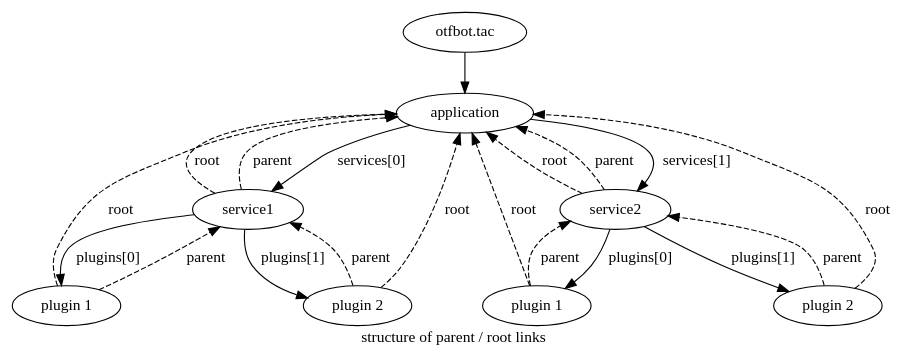
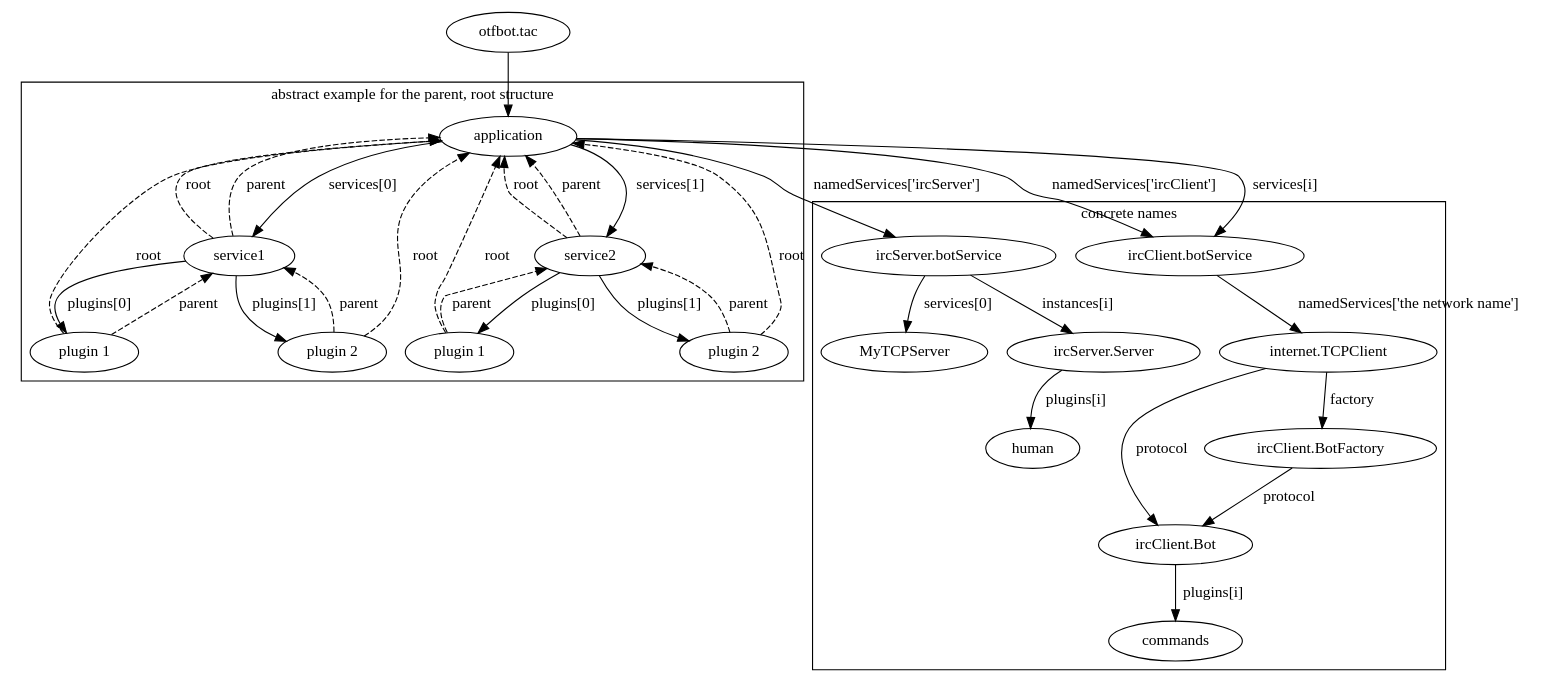
Before and after one commit to otfbot/otfbot: the diagram in doc/references.dot, drawn with Graphviz.

```diff
--- a/doc/references.dot
+++ b/doc/references.dot
@@ -1,26 +1,53 @@
 digraph references {
-    label="structure of parent / root links"
     "otfbot.tac" -> application
-    application -> service1 [label="services[0]"]
-    application -> service2 [label="services[1]"]
-    service1 -> application [label="root",style="dashed"]
-    service1 -> application [label="parent",style="dashed"]
-    service2 -> application [label="root",style="dashed"]
-    service2 -> application [label="parent",style="dashed"]
-    plugins1_1[label="plugin 1"]
-    plugins1_2[label="plugin 2"]
-    plugins2_1[label="plugin 1"]
-    plugins2_2[label="plugin 2"]
-    service1 -> plugins1_1 [label="plugins[0]"]
-    service1 -> plugins1_2 [label="plugins[1]"]
-    service2 -> plugins2_1 [label="plugins[0]"]
-    service2 -> plugins2_2 [label="plugins[1]"]
-    plugins1_1 -> service1 [label="parent",style="dashed"]
-    plugins1_1 -> application [label="root",style="dashed"]
-    plugins1_2 -> service1 [label="parent",style="dashed"]
-    plugins1_2 -> application [label="root",style="dashed"]
-    plugins2_1 -> service2 [label="parent",style="dashed"]
-    plugins2_1 -> application [label="root",style="dashed"]
-    plugins2_2 -> service2 [label="parent",style="dashed"]
-    plugins2_2 -> application [label="root",style="dashed"]
+    application
+    //abstract
+    subgraph cluster_abstract_example{
+        label="abstract example for the parent, root structure"
+        application -> service1 [label="services[0]"]
+        application -> service2 [label="services[1]"]
+        service1 -> application [label="root",style="dashed"]
+        service1 -> application [label="parent",style="dashed"]
+        service2 -> application [label="root",style="dashed"]
+        service2 -> application [label="parent",style="dashed"]
+        plugins1_1[label="plugin 1"]
+        plugins1_2[label="plugin 2"]
+        plugins2_1[label="plugin 1"]
+        plugins2_2[label="plugin 2"]
+        service1 -> plugins1_1 [label="plugins[0]"]
+        service1 -> plugins1_2 [label="plugins[1]"]
+        service2 -> plugins2_1 [label="plugins[0]"]
+        service2 -> plugins2_2 [label="plugins[1]"]
+        plugins1_1 -> service1 [label="parent",style="dashed"]
+        plugins1_1 -> application [label="root",style="dashed"]
+        plugins1_2 -> service1 [label="parent",style="dashed"]
+        plugins1_2 -> application [label="root",style="dashed"]
+        plugins2_1 -> service2 [label="parent",style="dashed"]
+        plugins2_1 -> application [label="root",style="dashed"]
+        plugins2_2 -> service2 [label="parent",style="dashed"]
+        plugins2_2 -> application [label="root",style="dashed"]
+    }
+    //concrete
+    subgraph cluster_concrete {
+        label="concrete names"
+        ircServerService [label="ircServer.botService"]
+        ircClientService [label="ircClient.botService"]
+        application -> ircServerService [label="namedServices['ircServer']"]
+        ircServerService -> MyTCPServer [label="services[0]"]
+        Server [label="ircServer.Server"]
+        ircServerService -> Server[label="instances[i]"]
+        Server -> human[label="plugins[i]"]
+        application -> ircClientService[label="namedServices['ircClient']"]
+        application -> ircClientService[label="services[i]"]
+        ircConnection[label="internet.TCPClient"]
+        ircClientService-> ircConnection[label="namedServices['the network name']"]
+        ircFactory [label="ircClient.BotFactory"]
+        ircConnection-> ircFactory [label="factory"]
+        ircBot[label="ircClient.Bot"]
+        ircConnection-> ircBot [label="protocol"]
+        ircFactory -> ircBot [label="protocol"]
+        ircPlugin [label="commands"]
+        ircBot -> ircPlugin [label="plugins[i]"]
+
+    }
 }
```
